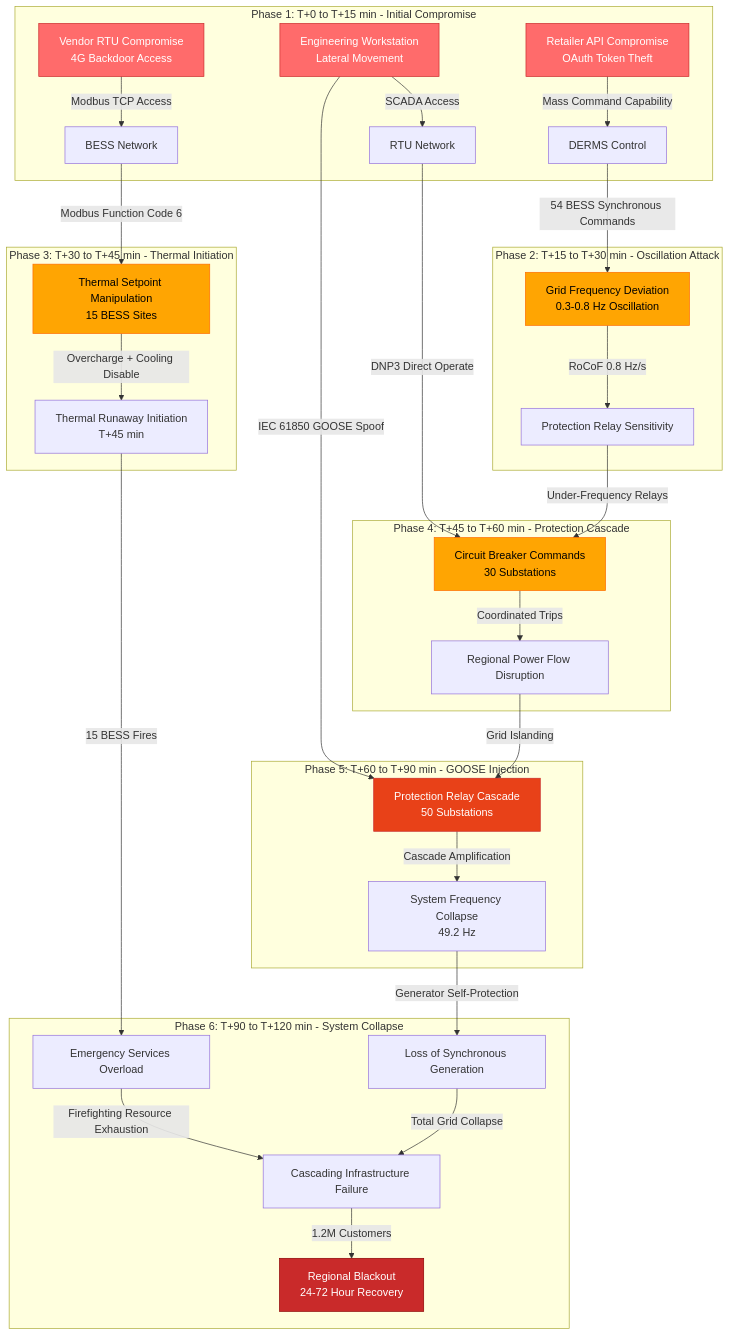
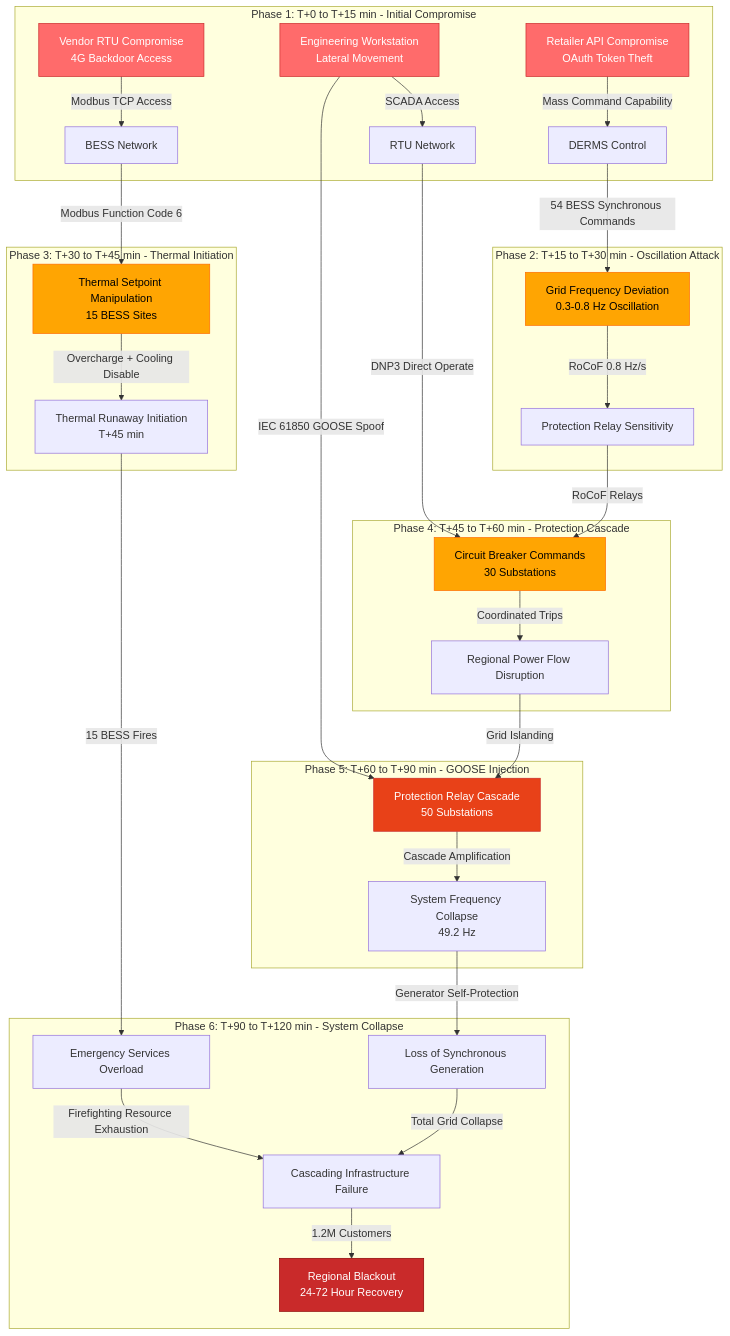
One commit to Planet9V/eigenia changed the third of 11 diagrams in references/WG-04-CF-Cascading-Failures/WG-04-CF-Cascading Failure Hypothesis.md. Above: the diagram before and after it, drawn with Mermaid. The commit also changed other lines of this file, not shown here.

First line of the commit message:
fix(content): rebuild cascade initiation on RoCoF rather than an absolute frequency threshold

````diff
--- a/references/WG-04-CF-Cascading-Failures/WG-04-CF-Cascading Failure Hypothesis.md
+++ b/references/WG-04-CF-Cascading-Failures/WG-04-CF-Cascading Failure Hypothesis.md
@@ -752,51 +756,51 @@
 ```mermaid
 graph TB
     subgraph "Phase 1: T+0 to T+15 min - Initial Compromise"
         A1[Retailer API Compromise<br/>OAuth Token Theft]
         A2[Vendor RTU Compromise<br/>4G Backdoor Access]
         A3[Engineering Workstation<br/>Lateral Movement]
 
         A1 -->|Mass Command Capability| B1[DERMS Control]
         A2 -->|Modbus TCP Access| B2[BESS Network]
         A3 -->|SCADA Access| B3[RTU Network]
     end
 
     subgraph "Phase 2: T+15 to T+30 min - Oscillation Attack"
         B1 -->|54 BESS Synchronous Commands| C1[Grid Frequency Deviation<br/>0.3-0.8 Hz Oscillation]
         C1 -->|RoCoF 0.8 Hz/s| C2[Protection Relay Sensitivity]
     end
 
     subgraph "Phase 3: T+30 to T+45 min - Thermal Initiation"
         B2 -->|Modbus Function Code 6| D1[Thermal Setpoint Manipulation<br/>15 BESS Sites]
         D1 -->|Overcharge + Cooling Disable| D2[Thermal Runaway Initiation<br/>T+45 min]
     end
 
     subgraph "Phase 4: T+45 to T+60 min - Protection Cascade"
         B3 -->|DNP3 Direct Operate| E1[Circuit Breaker Commands<br/>30 Substations]
-        C2 -->|Under-Frequency Relays| E1
+        C2 -->|RoCoF Relays| E1
         E1 -->|Coordinated Trips| E2[Regional Power Flow Disruption]
     end
 
     subgraph "Phase 5: T+60 to T+90 min - GOOSE Injection"
         A3 -->|IEC 61850 GOOSE Spoof| F1[Protection Relay Cascade<br/>50 Substations]
         E2 -->|Grid Islanding| F1
         F1 -->|Cascade Amplification| F2[System Frequency Collapse<br/>49.2 Hz]
     end
 
     subgraph "Phase 6: T+90 to T+120 min - System Collapse"
         D2 -->|15 BESS Fires| G1[Emergency Services Overload]
         F2 -->|Generator Self-Protection| G2[Loss of Synchronous Generation]
         G1 -->|Firefighting Resource Exhaustion| G3[Cascading Infrastructure Failure]
         G2 -->|Total Grid Collapse| G3
         G3 -->|1.2M Customers| G4[Regional Blackout<br/>24-72 Hour Recovery]
     end
 
     style A1 fill:#ff6b6b,stroke:#c92a2a,color:#fff
     style A2 fill:#ff6b6b,stroke:#c92a2a,color:#fff
     style A3 fill:#ff6b6b,stroke:#c92a2a,color:#fff
     style C1 fill:#ffa502,stroke:#ff6b00,color:#000
     style D1 fill:#ffa502,stroke:#ff6b00,color:#000
     style E1 fill:#ffa502,stroke:#ff6b00,color:#000
     style F1 fill:#e84118,stroke:#c92a2a,color:#fff
     style G4 fill:#c92a2a,stroke:#8b0000,color:#fff
 ```
````
